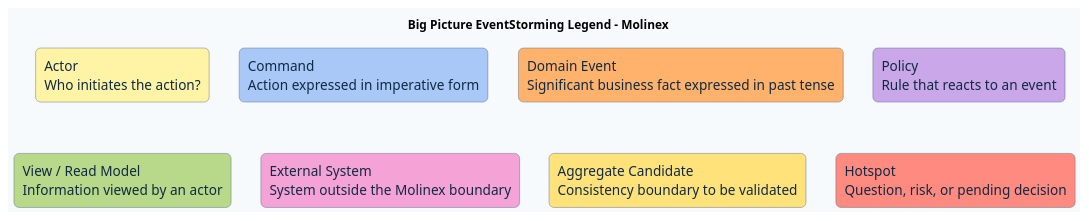
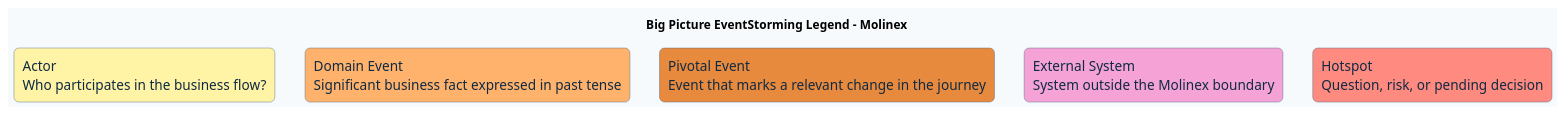
Before and after one commit to Vanguard-open-source/molinex-report: the diagram in assets/Images Chapter 2/Big Picture Event Storming/event-storming-legend.puml, drawn with PlantUML. The commit also changed 31 other files, not shown here.

```diff
--- a/assets/Images Chapter 2/Big Picture Event Storming/event-storming-legend.puml
+++ b/assets/Images Chapter 2/Big Picture Event Storming/event-storming-legend.puml
@@ -1,35 +1,29 @@
 @startuml
 skinparam backgroundColor #F7FAFC
 skinparam defaultFontName Arial
 skinparam defaultFontSize 16
 skinparam shadowing false
 skinparam linetype ortho
 skinparam ArrowColor #334E68
 skinparam RectangleBorderColor #486581
 skinparam RectangleFontColor #102A43
 skinparam rectangle {
   RoundCorner 12
   Padding 16
 }
 
 title Big Picture EventStorming Legend - Molinex
 
 top to bottom direction
 
-rectangle "Actor\nWho initiates the action?" as actor #FFF3A6
-rectangle "Command\nAction expressed in imperative form" as command #A9C7F7
+rectangle "Actor\nWho participates in the business flow?" as actor #FFF3A6
 rectangle "Domain Event\nSignificant business fact expressed in past tense" as event #FFB26B
-rectangle "Policy\nRule that reacts to an event" as policy #C9A7E8
-rectangle "View / Read Model\nInformation viewed by an actor" as readmodel #B9D98A
+rectangle "Pivotal Event\nEvent that marks a relevant change in the journey" as pivotal #E88A3D
 rectangle "External System\nSystem outside the Molinex boundary" as external #F5A3D7
-rectangle "Aggregate Candidate\nConsistency boundary to be validated" as aggregate #FFE27A
 rectangle "Hotspot\nQuestion, risk, or pending decision" as hotspot #FF8A80
 
-actor -[hidden]right-> command
-command -[hidden]right-> event
-event -[hidden]right-> policy
-readmodel -[hidden]right-> external
-external -[hidden]right-> aggregate
-aggregate -[hidden]right-> hotspot
-actor -[hidden]down-> readmodel
+actor -[hidden]right-> event
+event -[hidden]right-> pivotal
+pivotal -[hidden]right-> external
+external -[hidden]right-> hotspot
 @enduml
```
